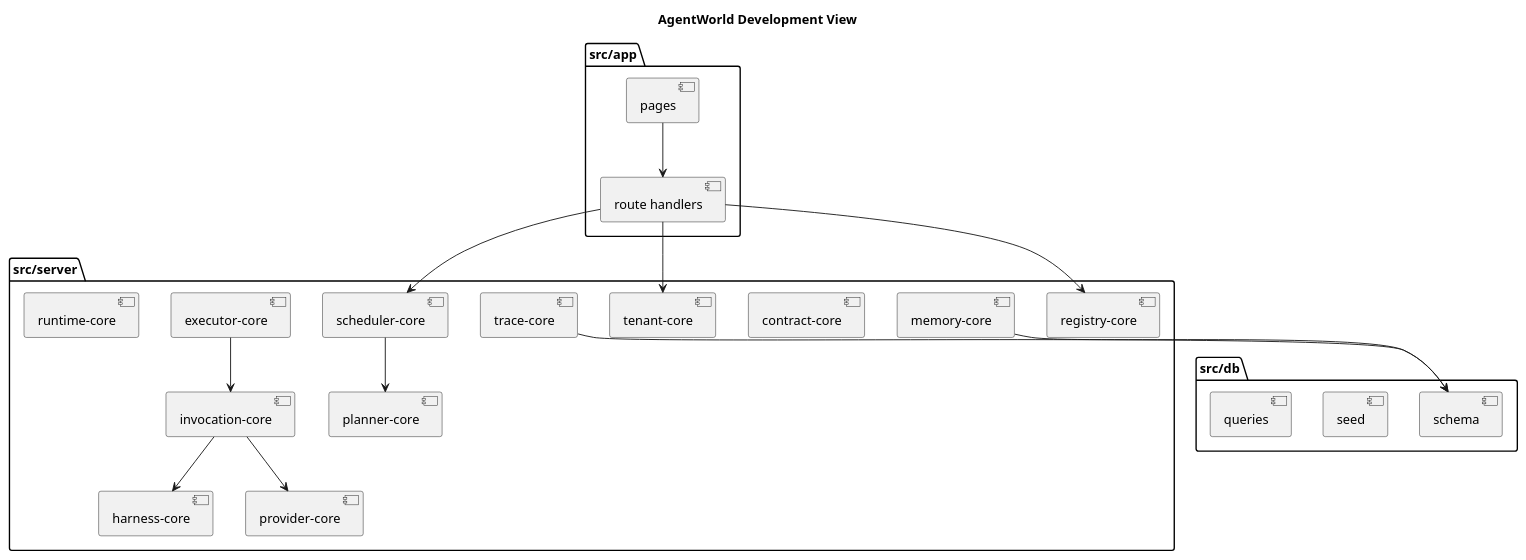
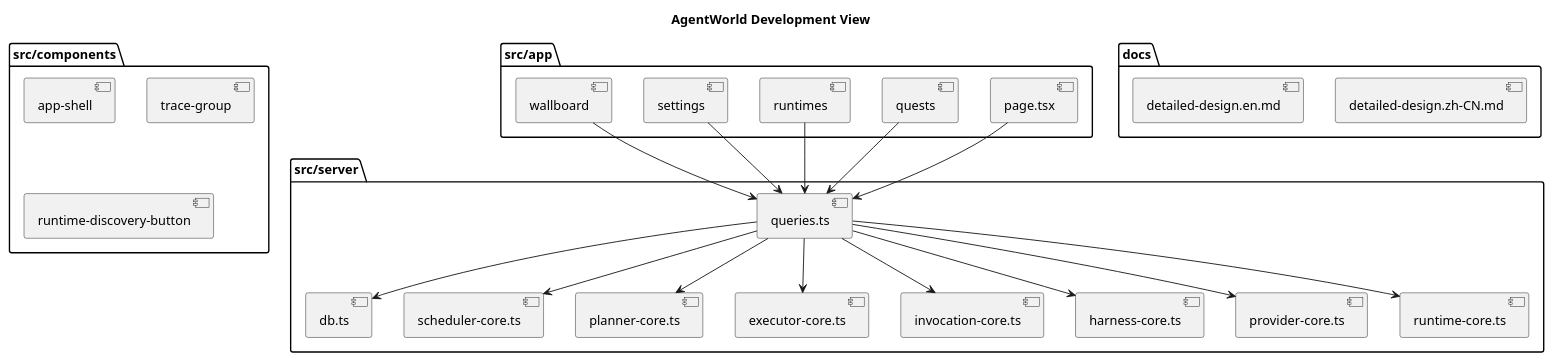
Before and after one commit to SimonMing47/agent-world: the fourth of 7 diagrams in docs/detailed-design.en.md, drawn with PlantUML. The commit also changed other lines of this file and 29 other files, not shown here.

````diff
--- a/docs/detailed-design.en.md
+++ b/docs/detailed-design.en.md
@@ -974,43 +1129,49 @@
 ```plantuml
 @startuml
 title AgentWorld Development View
-
-package "src/app" {
-  [pages]
-  [route handlers]
+folder "src/app" {
+  [page.tsx]
+  [quests]
+  [runtimes]
+  [settings]
+  [wallboard]
 }
 
-package "src/server" {
-  [tenant-core]
-  [registry-core]
-  [contract-core]
-  [scheduler-core]
-  [planner-core]
-  [executor-core]
-  [invocation-core]
-  [harness-core]
-  [memory-core]
-  [trace-core]
-  [provider-core]
-  [runtime-core]
+folder "src/components" {
+  [app-shell]
+  [trace-group]
+  [runtime-discovery-button]
 }
 
-package "src/db" {
-  [schema]
-  [seed]
-  [queries]
+folder "src/server" {
+  [db.ts]
+  [queries.ts]
+  [scheduler-core.ts]
+  [planner-core.ts]
+  [executor-core.ts]
+  [invocation-core.ts]
+  [harness-core.ts]
+  [provider-core.ts]
+  [runtime-core.ts]
 }
 
-[pages] --> [route handlers]
-[route handlers] --> [tenant-core]
-[route handlers] --> [registry-core]
-[route handlers] --> [scheduler-core]
-[scheduler-core] --> [planner-core]
-[executor-core] --> [invocation-core]
-[invocation-core] --> [harness-core]
-[invocation-core] --> [provider-core]
-[memory-core] --> [schema]
-[trace-core] --> [schema]
+folder "docs" {
+  [detailed-design.zh-CN.md]
+  [detailed-design.en.md]
+}
 
+[page.tsx] --> [queries.ts]
+[quests] --> [queries.ts]
+[runtimes] --> [queries.ts]
+[settings] --> [queries.ts]
+[wallboard] --> [queries.ts]
+[queries.ts] --> [db.ts]
+[queries.ts] --> [scheduler-core.ts]
+[queries.ts] --> [planner-core.ts]
+[queries.ts] --> [executor-core.ts]
+[queries.ts] --> [invocation-core.ts]
+[queries.ts] --> [harness-core.ts]
+[queries.ts] --> [provider-core.ts]
+[queries.ts] --> [runtime-core.ts]
 @enduml
 ```
````
